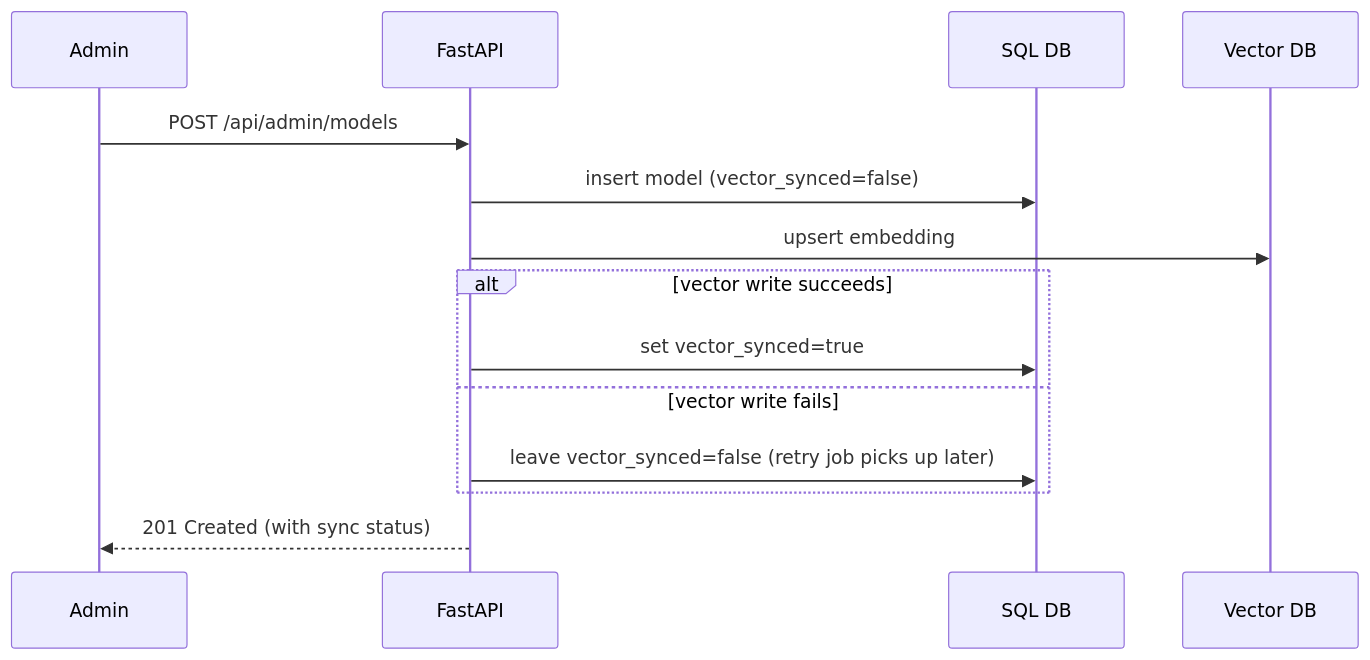
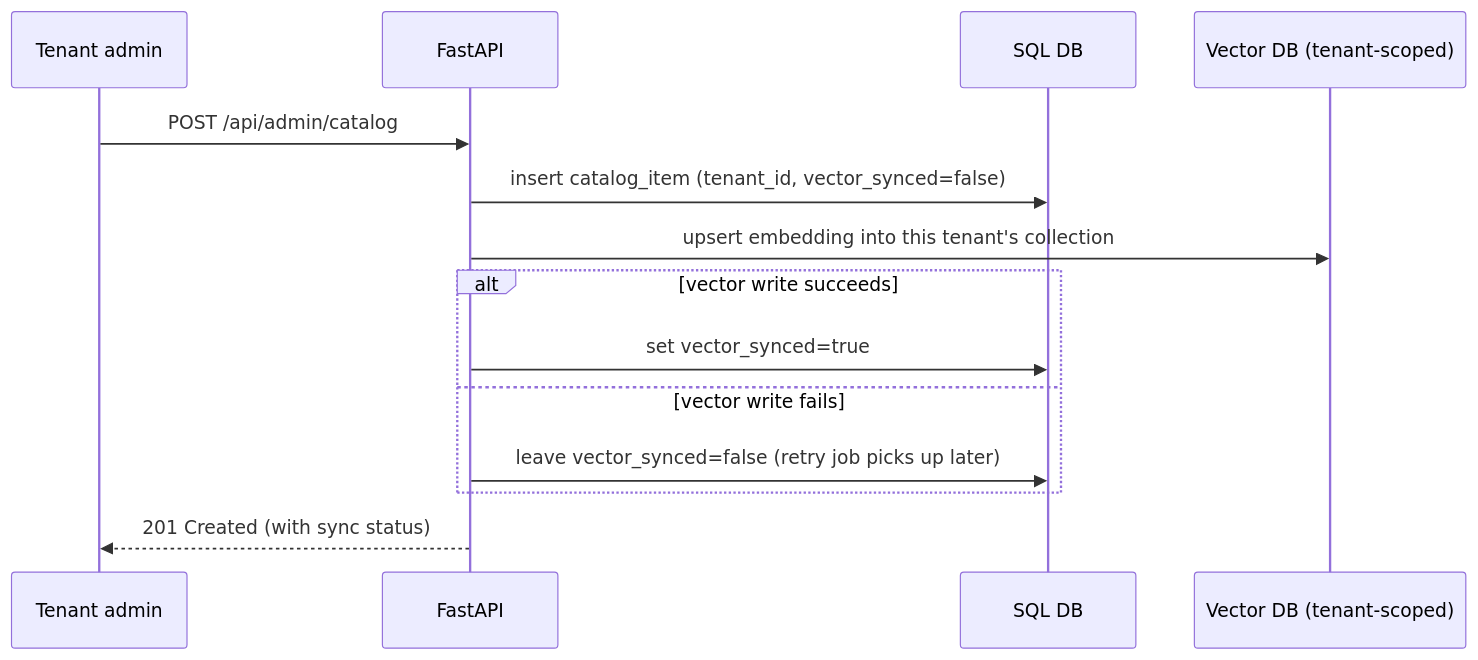
Before and after one commit to leeladesai/smartreco-hackathon: the second of 3 diagrams in docs/design/06-LLD.md, drawn with Mermaid. The commit also changed other lines of this file and 27 other files, not shown here.

First line of the commit message:
Add multi-tenant foundation: tenants, tenant-scoped data, per-tenant vector store

````diff
--- a/docs/design/06-LLD.md
+++ b/docs/design/06-LLD.md
@@ -240,17 +348,17 @@
 ```mermaid
 sequenceDiagram
-  participant Admin
+  participant Admin as Tenant admin
   participant API as FastAPI
   participant DB as SQL DB
-  participant VDB as Vector DB
+  participant VDB as Vector DB (tenant-scoped)
 
-  Admin->>API: POST /api/admin/models
-  API->>DB: insert model (vector_synced=false)
-  API->>VDB: upsert embedding
+  Admin->>API: POST /api/admin/catalog
+  API->>DB: insert catalog_item (tenant_id, vector_synced=false)
+  API->>VDB: upsert embedding into this tenant's collection
   alt vector write succeeds
     API->>DB: set vector_synced=true
   else vector write fails
     API->>DB: leave vector_synced=false (retry job picks up later)
   end
   API-->>Admin: 201 Created (with sync status)
 ```
````
